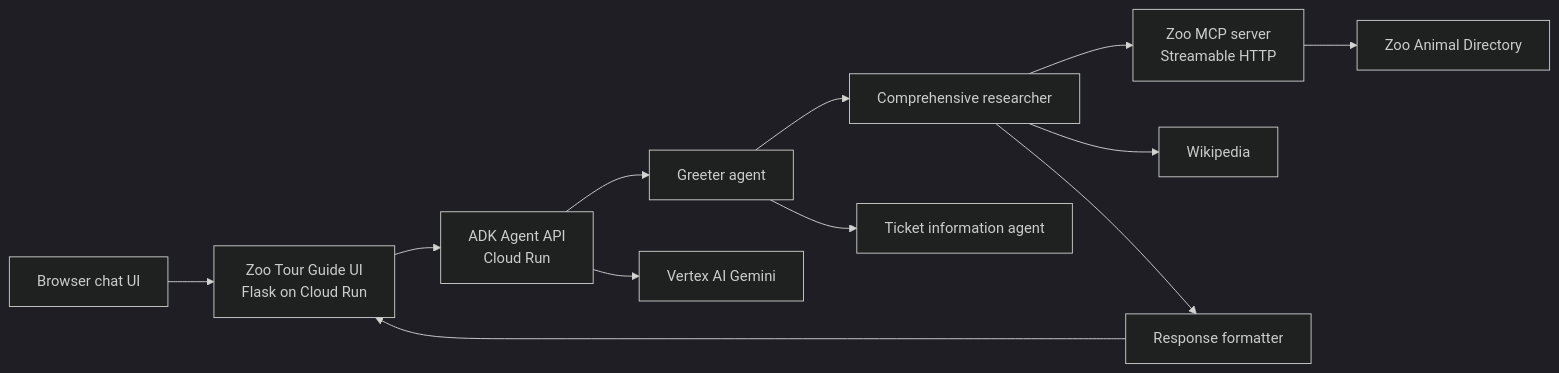
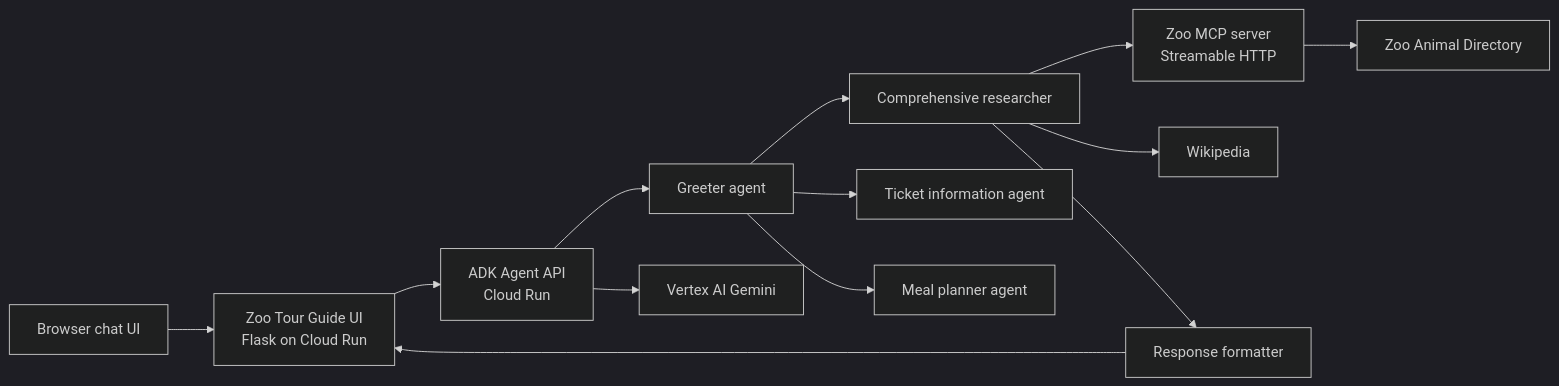
One commit to VJKumar57/ada-multi-agent-zooAgent changed the diagram in README.md. Above: the diagram before and after it, drawn with Mermaid (dark theme). The commit also changed other lines of this file and 1 other file, not shown here.

````diff
--- a/README.md
+++ b/README.md
@@ -15,14 +15,15 @@
 ```mermaid
 flowchart LR
     Browser[Browser chat UI] --> UI[Zoo Tour Guide UI<br/>Flask on Cloud Run]
     UI --> API[ADK Agent API<br/>Cloud Run]
     API --> Greeter[Greeter agent]
     Greeter --> Research[Comprehensive researcher]
     Greeter --> Tickets[Ticket information agent]
+    Greeter --> Meals[Meal planner agent]
     Research --> MCP[Zoo MCP server<br/>Streamable HTTP]
     Research --> Wiki[Wikipedia]
     Research --> Format[Response formatter]
     Format --> UI
     MCP --> ZooData[Zoo Animal Directory]
     API --> Vertex[Vertex AI Gemini]
 ```
````
